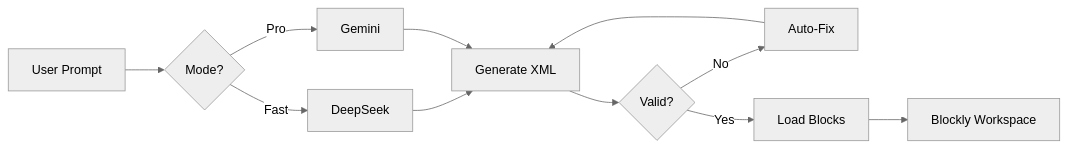
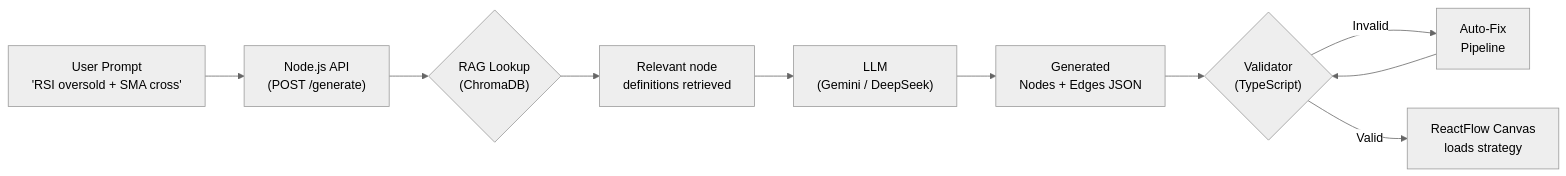
One commit to sinatooor/openqnt changed the fifth of 5 diagrams in README.md. Above: the diagram before and after it, drawn with Mermaid (neutral theme). The commit also changed other lines of this file and 19 other files, not shown here.

First line of the commit message:
feat: Add comprehensive Product Requirements Document for StrategyFlow AI Agent v3.0

````diff
--- a/README.md
+++ b/README.md
@@ -137,13 +141,12 @@
 ```mermaid
 flowchart LR
-    A[User Prompt] --> B{Mode?}
-    B -->|Fast| C[DeepSeek]
-    B -->|Pro| D[Gemini]
-    C --> E[Generate XML]
-    D --> E
-    E --> F{Valid?}
-    F -->|No| G[Auto-Fix]
-    G --> E
-    F -->|Yes| H[Load Blocks]
-    H --> I[Blockly Workspace]
+    A["User Prompt\n'RSI oversold + SMA cross'"] --> B["Node.js API\n(POST /generate)"]
+    B --> C{"RAG Lookup\n(ChromaDB)"}
+    C --> D["Relevant node\ndefinitions retrieved"]
+    D --> E["LLM\n(Gemini / DeepSeek)"]
+    E --> F["Generated\nNodes + Edges JSON"]
+    F --> G{"Validator\n(TypeScript)"}
+    G -->|"Invalid"| H["Auto-Fix\nPipeline"]
+    H --> G
+    G -->|"Valid"| I["ReactFlow Canvas\nloads strategy"]
 ```
````
